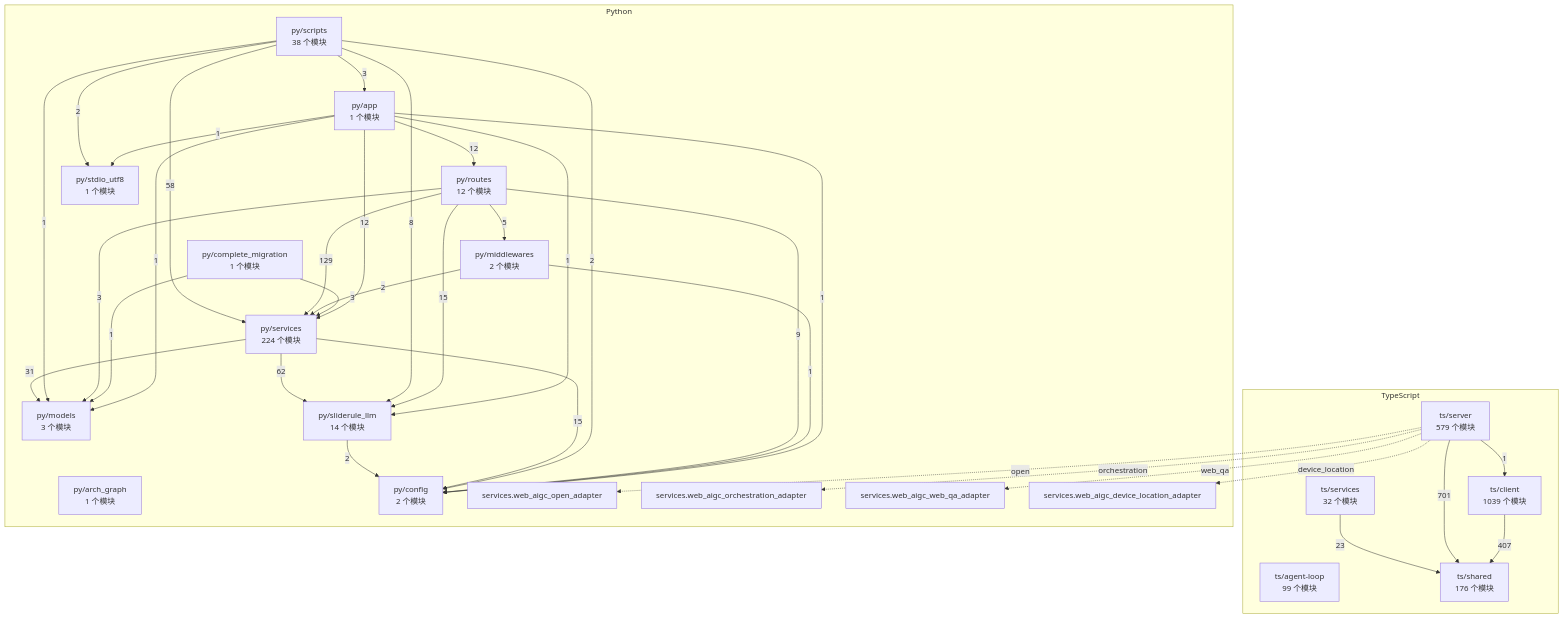
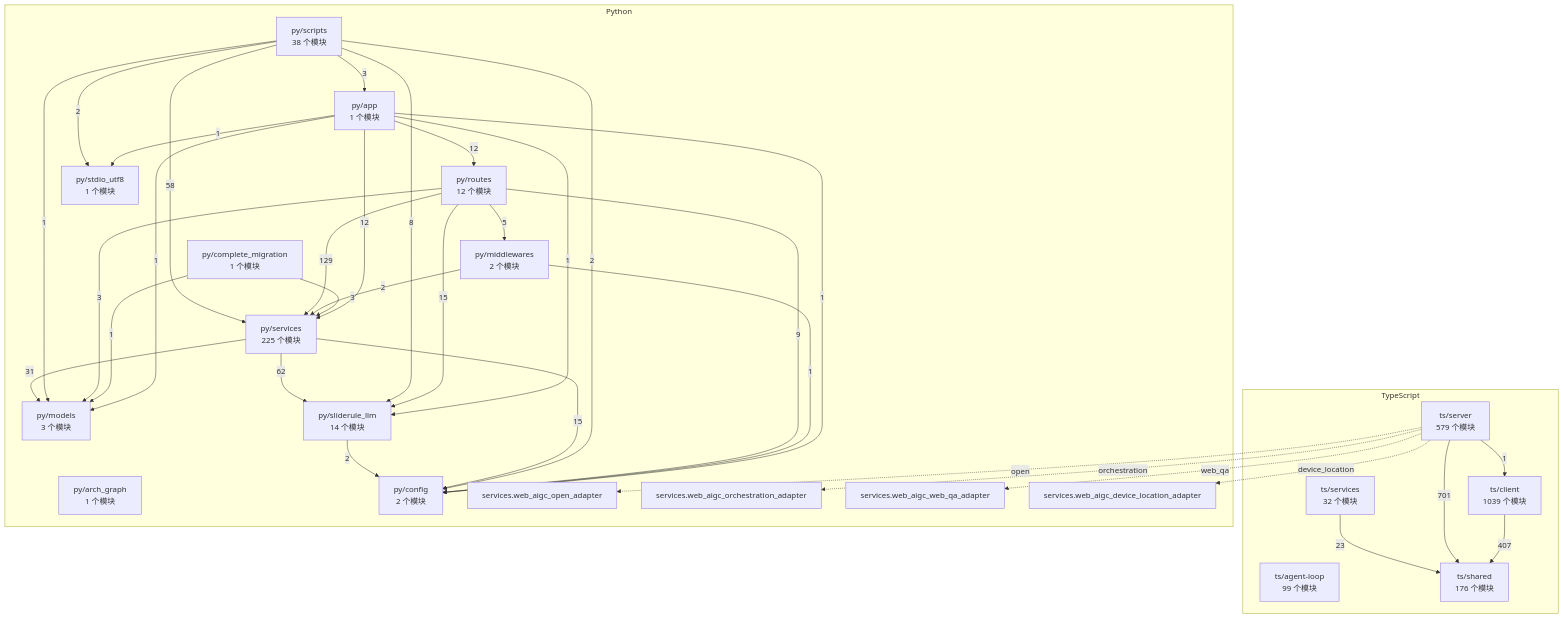
The diagram in docs/WhyBuddy 全仓架构图（自动生成）.md (2686521696/WhyBuddy), drawn with Mermaid before and after one commit. The commit also changed 7 other files, not shown here.

````diff
--- a/docs/WhyBuddy 全仓架构图（自动生成）.md
+++ b/docs/WhyBuddy 全仓架构图（自动生成）.md
@@ -14,60 +14,60 @@
 ```mermaid
 flowchart TB
   subgraph ts [TypeScript]
     ts_agent_loop["ts/agent-loop<br/>99 个模块"]
     ts_client["ts/client<br/>1039 个模块"]
     ts_server["ts/server<br/>579 个模块"]
     ts_services["ts/services<br/>32 个模块"]
     ts_shared["ts/shared<br/>176 个模块"]
   end
   subgraph py [Python]
     py_app["py/app<br/>1 个模块"]
     py_arch_graph["py/arch_graph<br/>1 个模块"]
     py_complete_migration["py/complete_migration<br/>1 个模块"]
     py_config["py/config<br/>2 个模块"]
     py_middlewares["py/middlewares<br/>2 个模块"]
     py_models["py/models<br/>3 个模块"]
     py_routes["py/routes<br/>12 个模块"]
     py_scripts["py/scripts<br/>38 个模块"]
-    py_services["py/services<br/>224 个模块"]
+    py_services["py/services<br/>225 个模块"]
     py_sliderule_llm["py/sliderule_llm<br/>14 个模块"]
     py_stdio_utf8["py/stdio_utf8<br/>1 个模块"]
     py_services_web_aigc_open_adapter["services.web_aigc_open_adapter"]
     py_services_web_aigc_orchestration_adapter["services.web_aigc_orchestration_adapter"]
     py_services_web_aigc_web_qa_adapter["services.web_aigc_web_qa_adapter"]
     py_services_web_aigc_device_location_adapter["services.web_aigc_device_location_adapter"]
   end
   ts_client -->|407| ts_shared
   ts_server -->|1| ts_client
   ts_server -->|701| ts_shared
   ts_services -->|23| ts_shared
   py_app -->|1| py_config
   py_app -->|1| py_models
   py_app -->|12| py_routes
   py_app -->|12| py_services
   py_app -->|1| py_sliderule_llm
   py_app -->|1| py_stdio_utf8
   py_complete_migration -->|1| py_models
   py_complete_migration -->|3| py_services
   py_middlewares -->|1| py_config
   py_middlewares -->|2| py_services
   py_routes -->|9| py_config
   py_routes -->|5| py_middlewares
   py_routes -->|3| py_models
   py_routes -->|129| py_services
   py_routes -->|15| py_sliderule_llm
   py_scripts -->|3| py_app
   py_scripts -->|2| py_config
   py_scripts -->|1| py_models
   py_scripts -->|58| py_services
   py_scripts -->|8| py_sliderule_llm
   py_scripts -->|2| py_stdio_utf8
   py_services -->|15| py_config
   py_services -->|31| py_models
   py_services -->|62| py_sliderule_llm
   py_sliderule_llm -->|2| py_config
   ts_server -.->|open| py_services_web_aigc_open_adapter
   ts_server -.->|orchestration| py_services_web_aigc_orchestration_adapter
   ts_server -.->|web_qa| py_services_web_aigc_web_qa_adapter
   ts_server -.->|device_location| py_services_web_aigc_device_location_adapter
 ```
````
